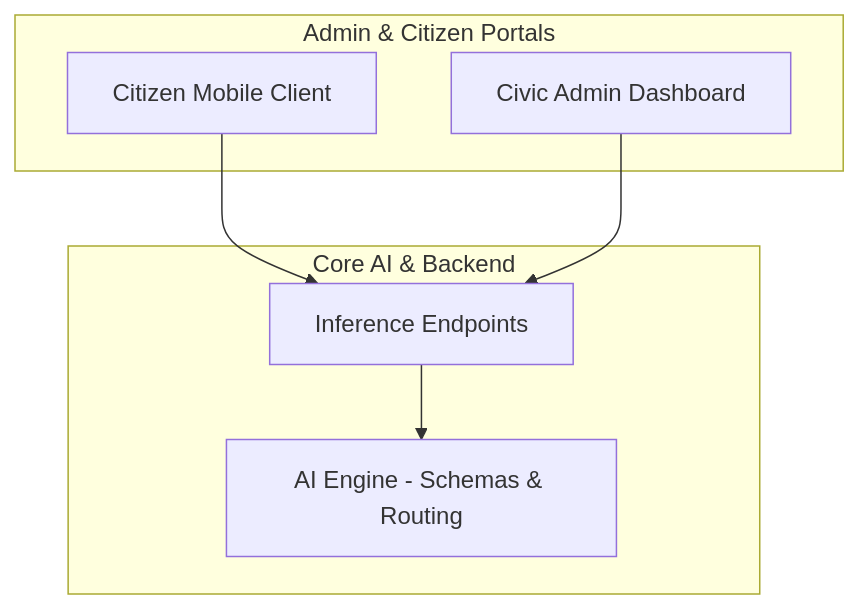
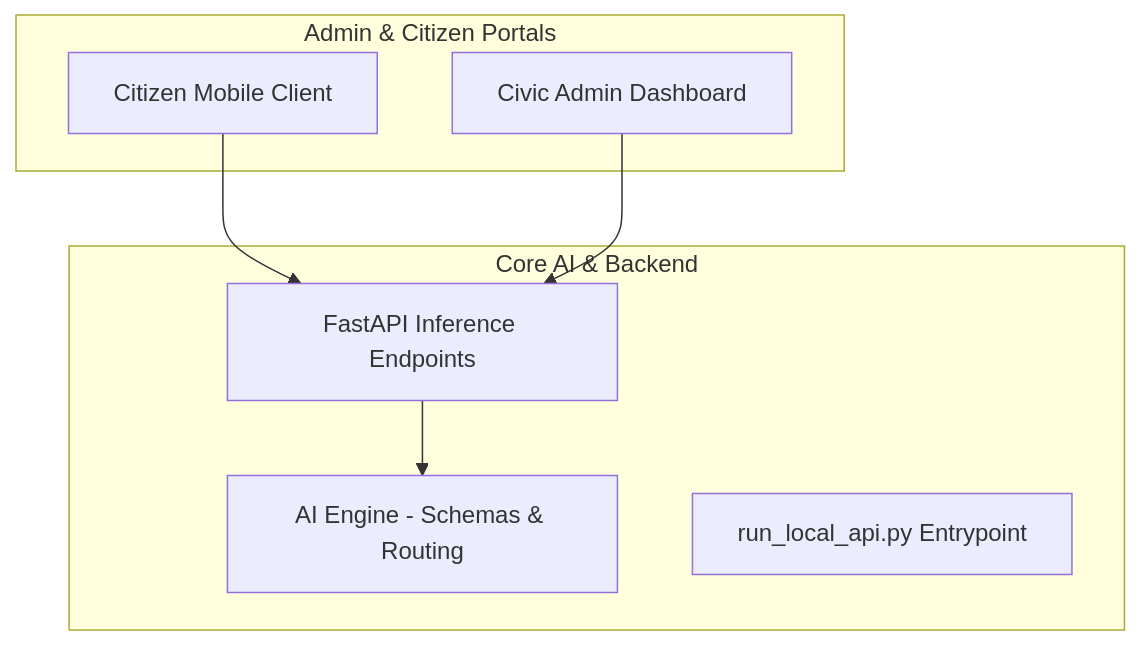
Before and after one commit to kuleaniruddha/B2B_altf4: the diagram in README.md, drawn with Mermaid. The commit also changed other lines of this file and 14 other files, not shown here.

````diff
--- a/README.md
+++ b/README.md
@@ -14,16 +14,17 @@
 ```mermaid
 graph TD
     subgraph "Core AI & Backend"
         AI[AI Engine - Schemas & Routing]
-        API[Inference Endpoints]
+        API[FastAPI Inference Endpoints]
+        Runner[run_local_api.py Entrypoint]
     end
 
     subgraph "Admin & Citizen Portals"
         Admin[Civic Admin Dashboard]
         Citizen[Citizen Mobile Client]
     end
 
     Citizen --> API
     API --> AI
     Admin --> API
 ```
````
